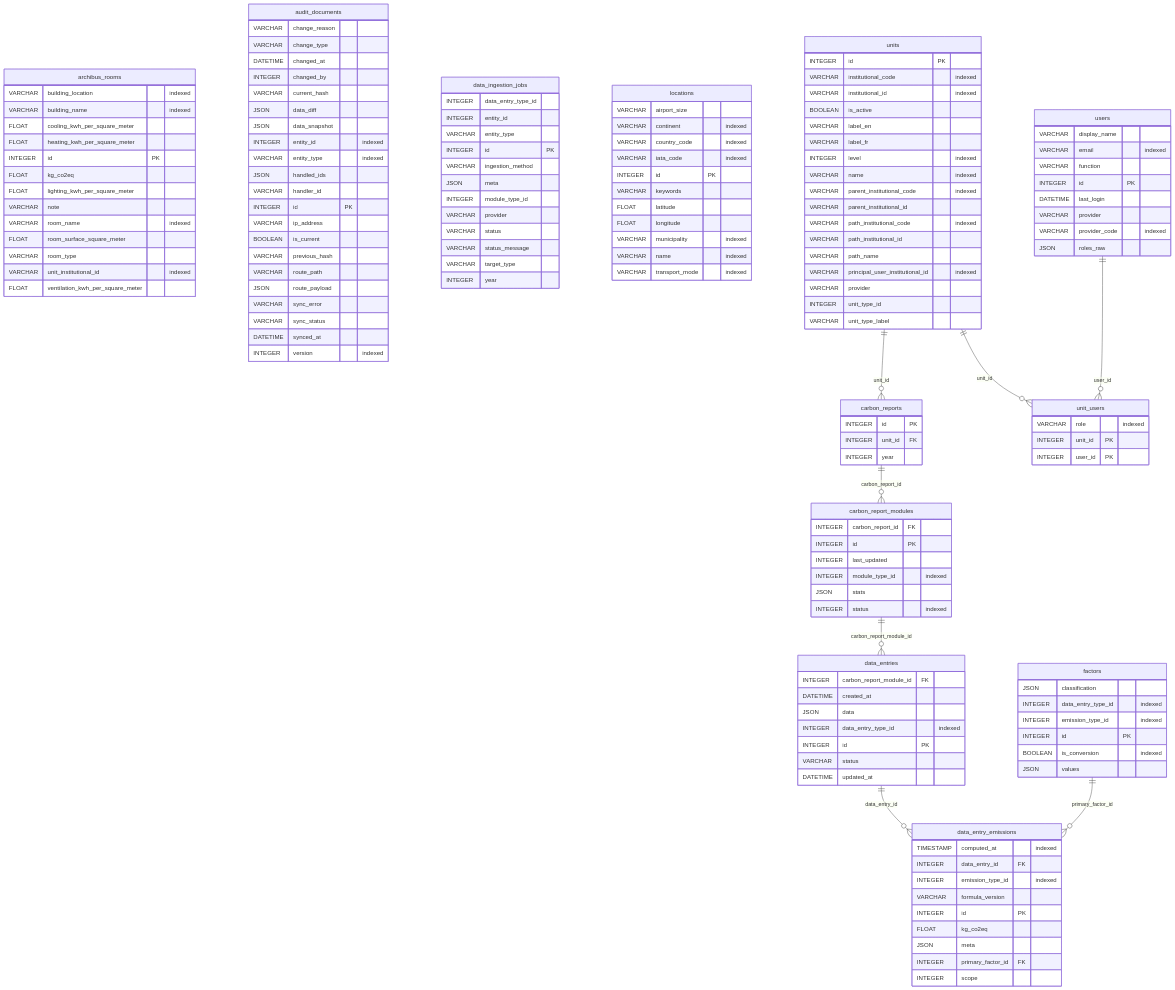
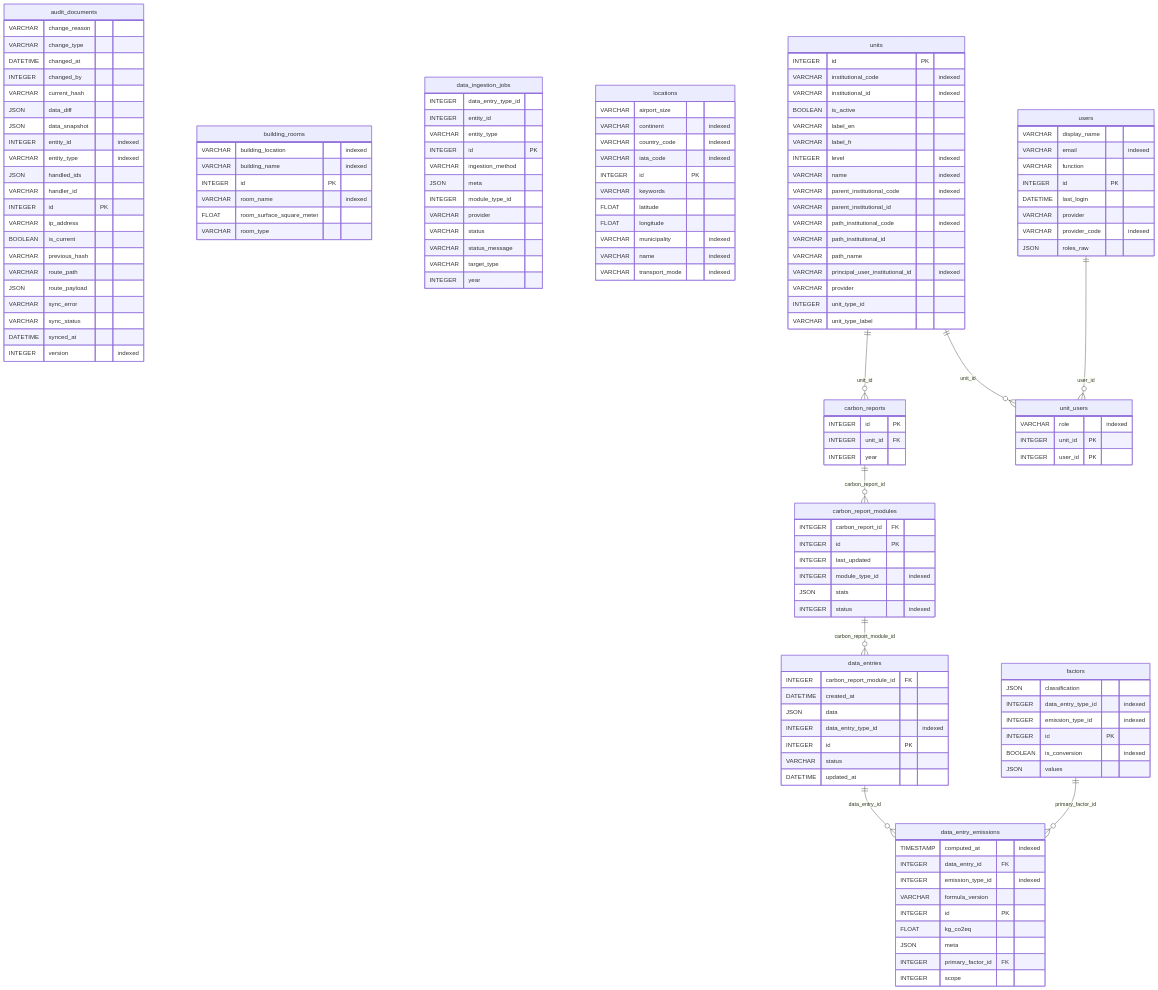
One commit to EPFL-ENAC/co2-calculator changed the diagram in docs/src/database/erd.md. Above: the diagram before and after it, drawn with Mermaid. The commit also changed 25 other files, not shown here.

Commit message:
refactor: replace Archibus with generic BuildingRoom abstraction

````diff
--- a/docs/src/database/erd.md
+++ b/docs/src/database/erd.md
@@ -3,20 +3,5 @@
 ```mermaid
 erDiagram
-  archibus_rooms {
-    VARCHAR building_location "indexed"
-    VARCHAR building_name "indexed"
-    FLOAT cooling_kwh_per_square_meter
-    FLOAT heating_kwh_per_square_meter
-    INTEGER id PK
-    FLOAT kg_co2eq
-    FLOAT lighting_kwh_per_square_meter
-    VARCHAR note
-    VARCHAR room_name "indexed"
-    FLOAT room_surface_square_meter
-    VARCHAR room_type
-    VARCHAR unit_institutional_id "indexed"
-    FLOAT ventilation_kwh_per_square_meter
-  }
   audit_documents {
     VARCHAR change_reason
     VARCHAR change_type
@@ -39,6 +24,14 @@
     VARCHAR sync_status
     DATETIME synced_at
     INTEGER version "indexed"
+  }
+  building_rooms {
+    VARCHAR building_location "indexed"
+    VARCHAR building_name "indexed"
+    INTEGER id PK
+    VARCHAR room_name "indexed"
+    FLOAT room_surface_square_meter
+    VARCHAR room_type
   }
   carbon_report_modules {
     INTEGER carbon_report_id FK
````
